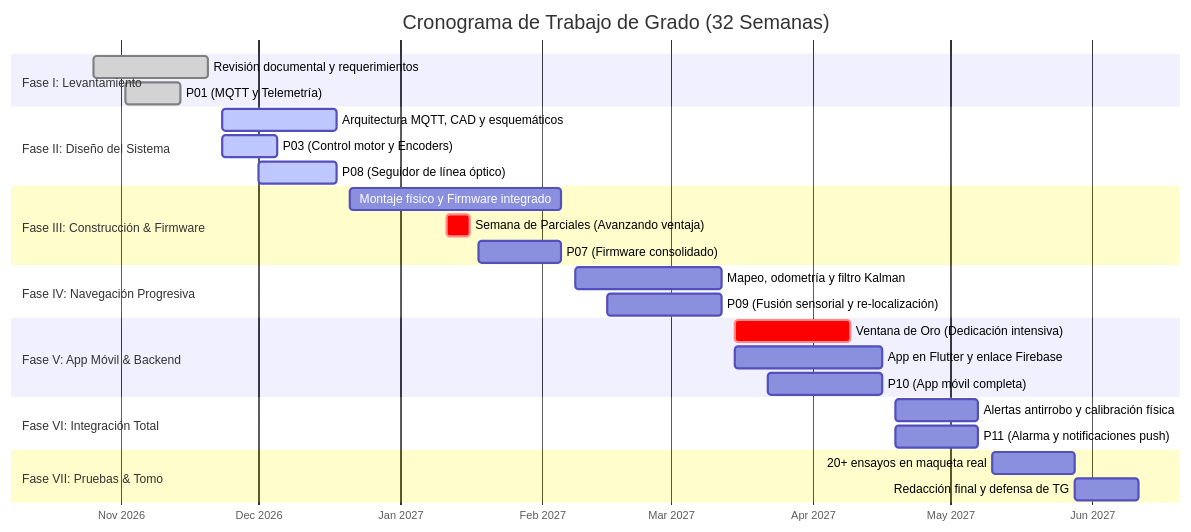
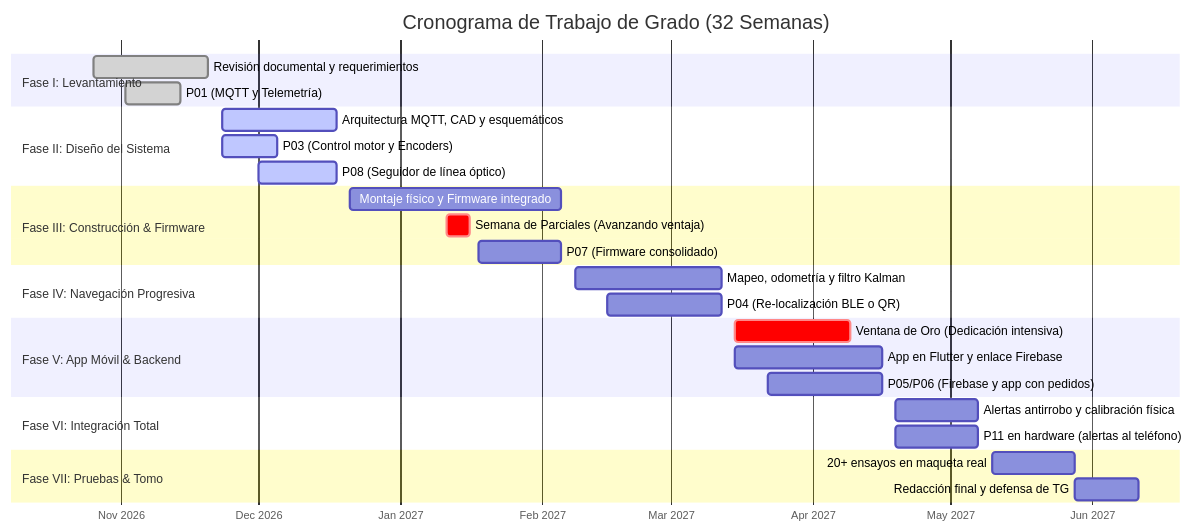
One commit to ilianavsc/tg-robot-ucab changed the diagram in PLAN.md. Above: the diagram before and after it, drawn with Mermaid. The commit also changed other lines of this file and 33 other files, not shown here.

````diff
--- a/PLAN.md
+++ b/PLAN.md
@@ -13,37 +13,37 @@
 ```mermaid
 gantt
     title Cronograma de Trabajo de Grado (32 Semanas)
     dateFormat  YYYY-MM-DD
     axisFormat  %b %Y
 
     section Fase I: Levantamiento
     Revisión documental y requerimientos      :done, f1, 2026-10-26, 2026-11-20
     P01 (MQTT y Telemetría)                   :done, p01, 2026-11-02, 2026-11-14
 
     section Fase II: Diseño del Sistema
     Arquitectura MQTT, CAD y esquemáticos     :active, f2, 2026-11-23, 2026-12-18
     P03 (Control motor y Encoders)            :active, p03, 2026-11-23, 2026-12-05
     P08 (Seguidor de línea óptico)            :active, p08, 2026-12-01, 2026-12-18
 
     section Fase III: Construcción & Firmware
     Montaje físico y Firmware integrado       :f3, 2026-12-21, 2027-02-05
     Semana de Parciales (Avanzando ventaja)   :crit, sem_extra, 2027-01-11, 2027-01-16
     P07 (Firmware consolidado)                :p07, 2027-01-18, 2027-02-05
 
     section Fase IV: Navegación Progresiva
     Mapeo, odometría y filtro Kalman          :f4, 2027-02-08, 2027-03-12
-    P09 (Fusión sensorial y re-localización) :p09, 2027-02-15, 2027-03-12
+    P04 (Re-localización BLE o QR)            :p04, 2027-02-15, 2027-03-12
 
     section Fase V: App Móvil & Backend
     Ventana de Oro (Dedicación intensiva)     :crit, v_oro, 2027-03-15, 2027-04-09
     App en Flutter y enlace Firebase          :f5, 2027-03-15, 2027-04-16
-    P10 (App móvil completa)                  :p10, 2027-03-22, 2027-04-16
+    P05/P06 (Firebase y app con pedidos)      :p06, 2027-03-22, 2027-04-16
 
     section Fase VI: Integración Total
     Alertas antirrobo y calibración física    :f6, 2027-04-19, 2027-05-07
-    P11 (Alarma y notificaciones push)        :p11, 2027-04-19, 2027-05-07
+    P11 en hardware (alertas al teléfono)     :p11, 2027-04-19, 2027-05-07
 
     section Fase VII: Pruebas & Tomo
     20+ ensayos en maqueta real               :f7, 2027-05-10, 2027-05-28
     Redacción final y defensa de TG           :f7_defensa, 2027-05-28, 2027-06-11
 ```
````
